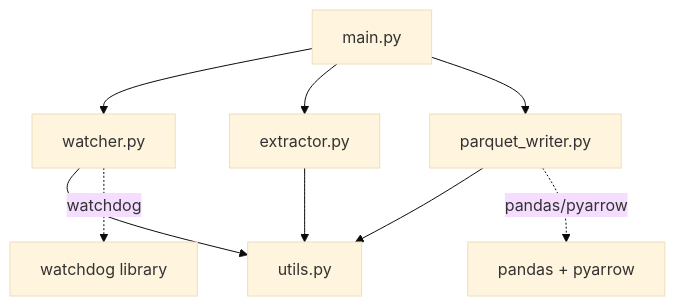
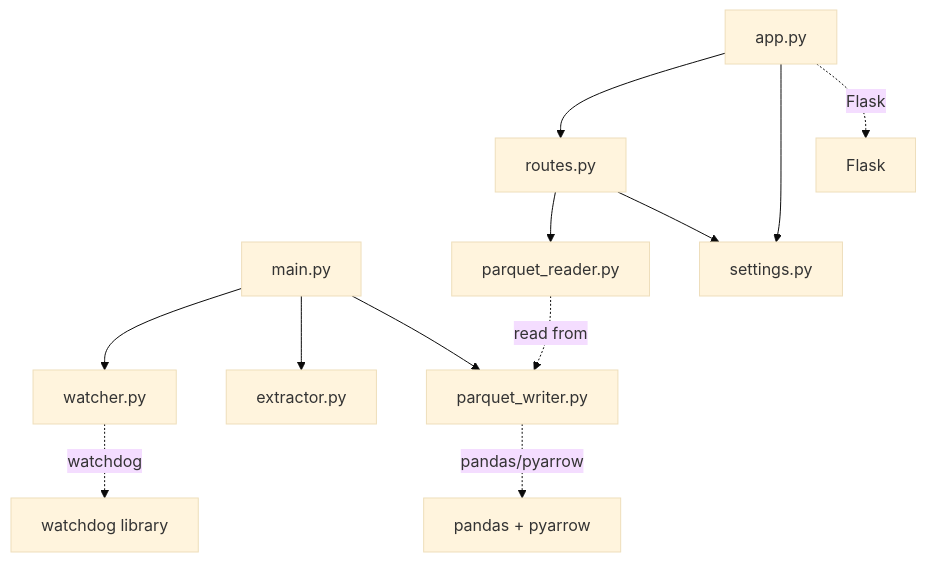
One commit to sudoblark/sudoblark.ai.bookshelf-demo changed the third of 3 diagrams in docs/architecture.md. Above: the diagram before and after it, drawn with Mermaid (base theme). The commit also changed other lines of this file and 8 other files, not shown here.

````diff
--- a/docs/architecture.md
+++ b/docs/architecture.md
@@ -132,19 +234,26 @@
 ```mermaid
 graph TB
     main["main.py"]
     watcher["watcher.py"]
     extractor["extractor.py"]
     parquet["parquet_writer.py"]
-    utils["utils.py"]
+    
+    app["app.py"]
+    routes["routes.py"]
+    reader["parquet_reader.py"]
+    settings["settings.py"]
     
     main --> watcher
     main --> extractor
     main --> parquet
     
-    watcher --> utils
-    extractor --> utils
-    parquet --> utils
+    app --> routes
+    app --> settings
+    routes --> reader
+    routes --> settings
+    reader -.->|read from| parquet
     
     watcher -.->|watchdog| WD["watchdog library"]
     parquet -.->|pandas/pyarrow| PA["pandas + pyarrow"]
+    app -.->|Flask| FK["Flask"]
 ```
````
